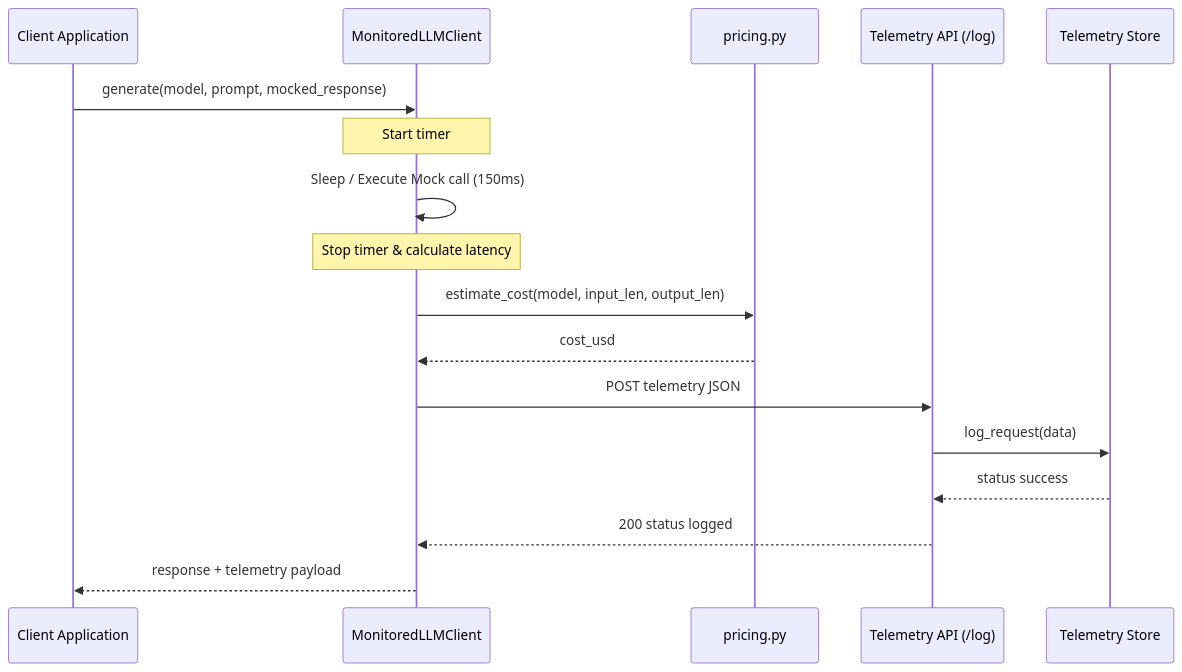
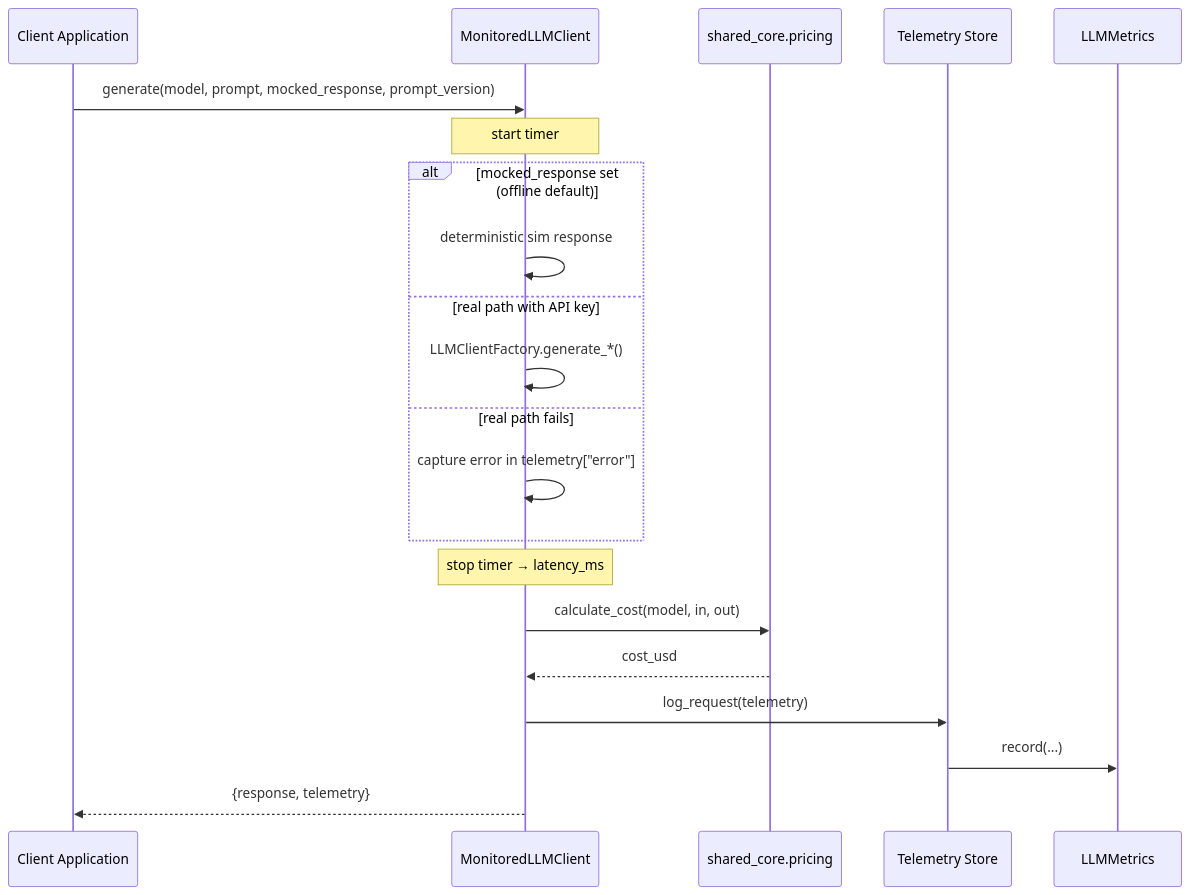
One commit to FishRaposo/llm-cost-latency-monitor changed the second of 3 diagrams in docs/architecture.md. Above: the diagram before and after it, drawn with Mermaid. The commit also changed other lines of this file and 94 other files, not shown here.

````diff
--- a/docs/architecture.md
+++ b/docs/architecture.md
@@ -41,20 +52,24 @@
 ```mermaid
 sequenceDiagram
     participant App as Client Application
     participant SDK as MonitoredLLMClient
-    participant Pricing as pricing.py
-    participant API as Telemetry API (/log)
+    participant Pricing as shared_core.pricing
     participant Store as Telemetry Store
+    participant Metrics as LLMMetrics
 
-    App->>SDK: generate(model, prompt, mocked_response)
-    Note over SDK: Start timer
-    SDK->>SDK: Sleep / Execute Mock call (150ms)
-    Note over SDK: Stop timer & calculate latency
-    SDK->>Pricing: estimate_cost(model, input_len, output_len)
+    App->>SDK: generate(model, prompt, mocked_response, prompt_version)
+    Note over SDK: start timer
+    alt mocked_response set (offline default)
+        SDK->>SDK: deterministic sim response
+    else real path with API key
+        SDK->>SDK: LLMClientFactory.generate_*()
+    else real path fails
+        SDK->>SDK: capture error in telemetry["error"]
+    end
+    Note over SDK: stop timer → latency_ms
+    SDK->>Pricing: calculate_cost(model, in, out)
     Pricing-->>SDK: cost_usd
-    SDK->>API: POST telemetry JSON
-    API->>Store: log_request(data)
-    Store-->>API: status success
-    API-->>SDK: 200 status logged
-    SDK-->>App: response + telemetry payload
+    SDK->>Store: log_request(telemetry)
+    Store->>Metrics: record(...)
+    SDK-->>App: {response, telemetry}
 ```
````
